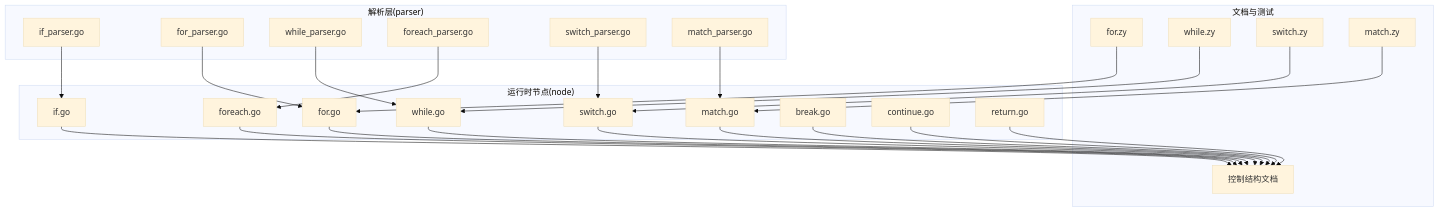
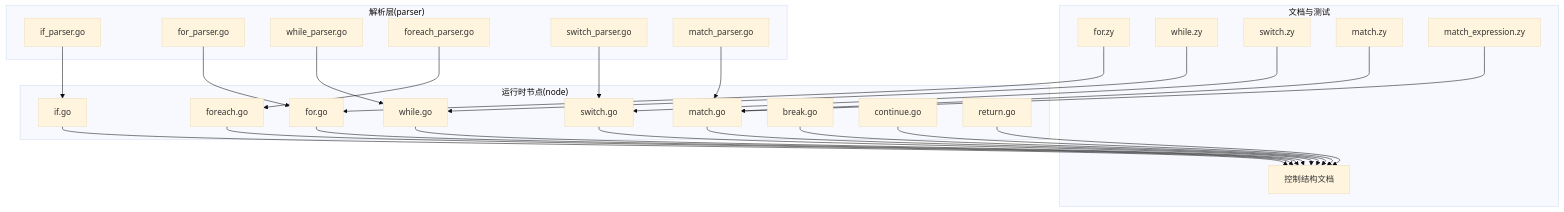
The first of 9 diagrams in .qoder/repowiki/zh/content/语言参考手册/控制结构.md (php-any/origami), drawn with Mermaid (base theme) before and after one commit. The commit also changed other lines of this file and 21 other files, not shown here.

````diff
--- a/.qoder/repowiki/zh/content/语言参考手册/控制结构.md
+++ b/.qoder/repowiki/zh/content/语言参考手册/控制结构.md
@@ -47,48 +66,50 @@
 ```mermaid
 graph TB
 subgraph "解析层(parser)"
 P_IF["if_parser.go"]
 P_FOR["for_parser.go"]
 P_WHILE["while_parser.go"]
 P_FOREACH["foreach_parser.go"]
 P_SWITCH["switch_parser.go"]
 P_MATCH["match_parser.go"]
 end
 subgraph "运行时节点(node)"
 N_IF["if.go"]
 N_FOR["for.go"]
 N_WHILE["while.go"]
 N_FOREACH["foreach.go"]
 N_SWITCH["switch.go"]
 N_MATCH["match.go"]
 N_BREAK["break.go"]
 N_CONTINUE["continue.go"]
 N_RETURN["return.go"]
 end
 subgraph "文档与测试"
 DOC["控制结构文档"]
 T_FOR["for.zy"]
 T_WHILE["while.zy"]
 T_SWITCH["switch.zy"]
 T_MATCH["match.zy"]
+T_MATCH_EXPR["match_expression.zy"]
 end
 P_IF --> N_IF
 P_FOR --> N_FOR
 P_WHILE --> N_WHILE
 P_FOREACH --> N_FOREACH
 P_SWITCH --> N_SWITCH
 P_MATCH --> N_MATCH
 N_IF --> DOC
 N_FOR --> DOC
 N_WHILE --> DOC
 N_FOREACH --> DOC
 N_SWITCH --> DOC
 N_MATCH --> DOC
 N_BREAK --> DOC
 N_CONTINUE --> DOC
 N_RETURN --> DOC
 T_FOR --> N_FOR
 T_WHILE --> N_WHILE
 T_SWITCH --> N_SWITCH
 T_MATCH --> N_MATCH
+T_MATCH_EXPR --> N_MATCH
 ```
````
